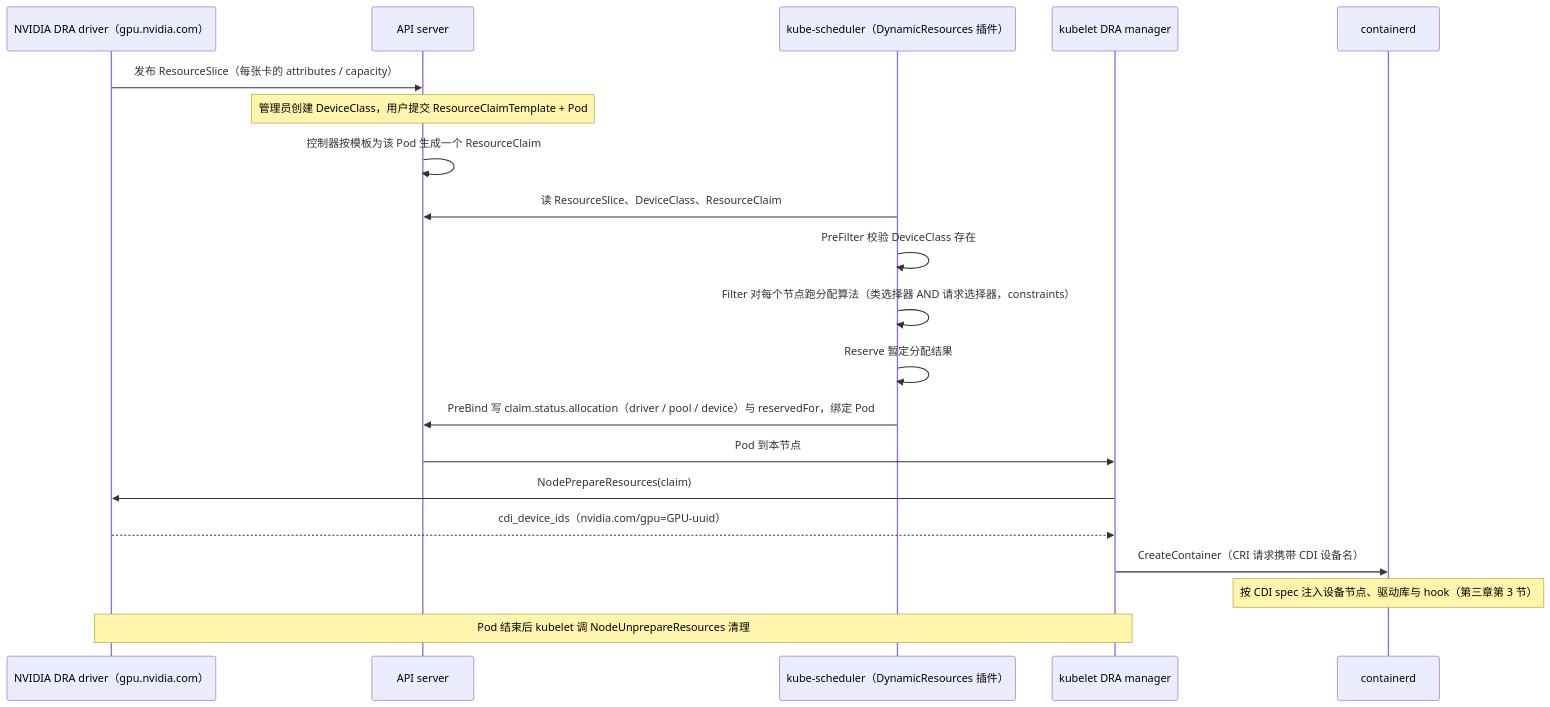
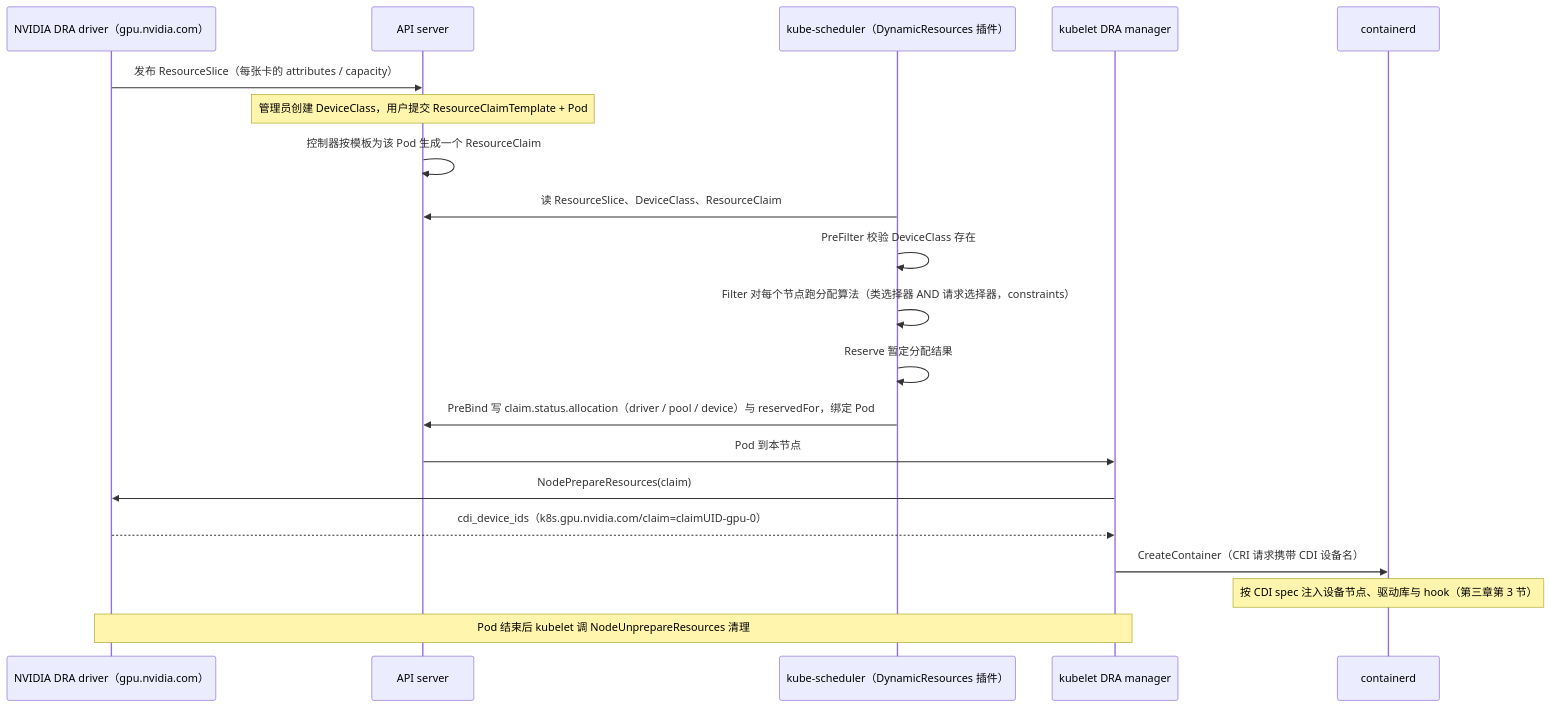
The fifth of 5 diagrams in _posts/2026-09-16-gpu-in-containers-driver-cuda-device-plugin.md (arganzheng/arganzheng.github.com), drawn with Mermaid before and after one commit. The commit also changed other lines of this file, not shown here.

First line of the commit message:
AI 平台（02）：对照固定版本核对容器用 GPU 篇的源码引用

````diff
--- a/_posts/2026-09-16-gpu-in-containers-driver-cuda-device-plugin.md
+++ b/_posts/2026-09-16-gpu-in-containers-driver-cuda-device-plugin.md
@@ -502,23 +502,23 @@
 ```mermaid
 %% 图：DRA 的调度与 kubelet 侧时序：驱动发布 ResourceSlice，调度器按属性求解分配，kubelet 只把已分配设备翻译成 CDI 设备名
 sequenceDiagram
     participant D as NVIDIA DRA driver（gpu.nvidia.com）
     participant A as API server
     participant S as kube-scheduler（DynamicResources 插件）
     participant K as kubelet DRA manager
     participant C as containerd
     D->>A: 发布 ResourceSlice（每张卡的 attributes / capacity）
     Note over A: 管理员创建 DeviceClass，用户提交 ResourceClaimTemplate + Pod
     A->>A: 控制器按模板为该 Pod 生成一个 ResourceClaim
     S->>A: 读 ResourceSlice、DeviceClass、ResourceClaim
     S->>S: PreFilter 校验 DeviceClass 存在
     S->>S: Filter 对每个节点跑分配算法（类选择器 AND 请求选择器，constraints）
     S->>S: Reserve 暂定分配结果
     S->>A: PreBind 写 claim.status.allocation（driver / pool / device）与 reservedFor，绑定 Pod
     A->>K: Pod 到本节点
     K->>D: NodePrepareResources(claim)
-    D-->>K: cdi_device_ids（nvidia.com/gpu=GPU-uuid）
+    D-->>K: cdi_device_ids（k8s.gpu.nvidia.com/claim=claimUID-gpu-0）
     K->>C: CreateContainer（CRI 请求携带 CDI 设备名）
     Note over C: 按 CDI spec 注入设备节点、驱动库与 hook（第三章第 3 节）
     Note over D,K: Pod 结束后 kubelet 调 NodeUnprepareResources 清理
 ```
````
